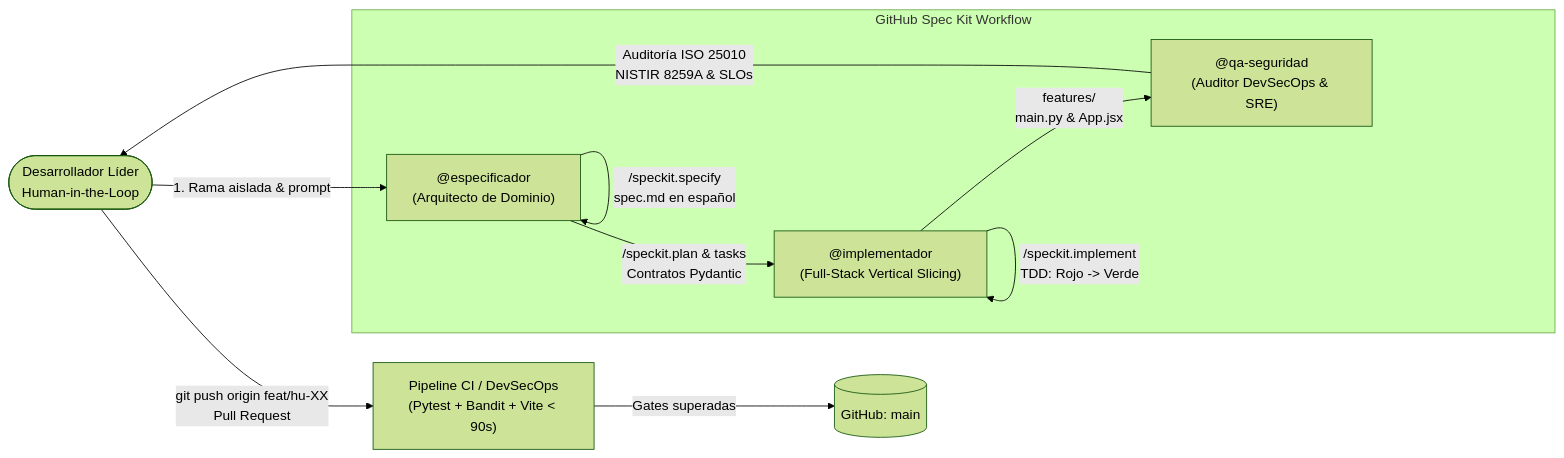
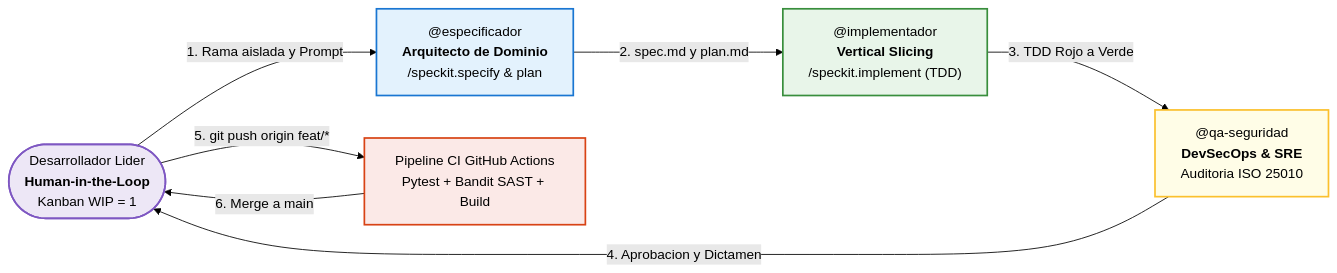
The second of 2 diagrams in README.md (MBece/bovinotech-iot-sdd), drawn with Mermaid (forest theme) before and after one commit. The commit also changed other lines of this file, not shown here.

Commit message:
fix(docs): optimizar diagramas Mermaid para renderizado nativo en GitHub

````diff
--- a/README.md
+++ b/README.md
@@ -94,22 +77,21 @@
 ```mermaid
 flowchart LR
-    Lider([Desarrollador Líder\nHuman-in-the-Loop])
-    
-    subgraph SpecKit ["GitHub Spec Kit Workflow"]
-        Esp["@especificador\n(Arquitecto de Dominio)"]
-        Imp["@implementador\n(Full-Stack Vertical Slicing)"]
-        QA["@qa-seguridad\n(Auditor DevSecOps & SRE)"]
-    end
+    classDef humanStyle fill:#ede7f6,stroke:#7e57c2,stroke-width:2px;
+    classDef specStyle fill:#e3f2fd,stroke:#1976d2,stroke-width:2px;
+    classDef impStyle fill:#e8f5e9,stroke:#388e3c,stroke-width:2px;
+    classDef qaStyle fill:#fffde7,stroke:#fbc02d,stroke-width:2px;
+    classDef pipeStyle fill:#fbe9e7,stroke:#d84315,stroke-width:2px;
 
-    CI["Pipeline CI / DevSecOps\n(Pytest + Bandit + Vite < 90s)"]
-    Repo[(GitHub: main)]
+    Lider(["Desarrollador Lider<br/><b>Human-in-the-Loop</b><br/>Kanban WIP = 1"]):::humanStyle
+    Esp["@especificador<br/><b>Arquitecto de Dominio</b><br/>/speckit.specify & plan"]:::specStyle
+    Imp["@implementador<br/><b>Vertical Slicing</b><br/>/speckit.implement (TDD)"]:::impStyle
+    QA["@qa-seguridad<br/><b>DevSecOps & SRE</b><br/>Auditoria ISO 25010"]:::qaStyle
+    CI["Pipeline CI GitHub Actions<br/>Pytest + Bandit SAST + Build"]:::pipeStyle
 
-    Lider -->|1. Rama aislada & prompt| Esp
-    Esp -->|/speckit.specify\nspec.md en español| Esp
-    Esp -->|/speckit.plan & tasks\nContratos Pydantic| Imp
-    Imp -->|/speckit.implement\nTDD: Rojo -> Verde| Imp
-    Imp -->|features/<modulo>\nmain.py & App.jsx| QA
-    QA -->|Auditoría ISO 25010\nNISTIR 8259A & SLOs| Lider
-    Lider -->|git push origin feat/hu-XX\nPull Request| CI
-    CI -->|Gates superadas| Repo
+    Lider -->|1. Rama aislada y Prompt| Esp
+    Esp -->|2. spec.md y plan.md| Imp
+    Imp -->|3. TDD Rojo a Verde| QA
+    QA -->|4. Aprobacion y Dictamen| Lider
+    Lider -->|5. git push origin feat/*| CI
+    CI -->|6. Merge a main| Lider
 ```
````
